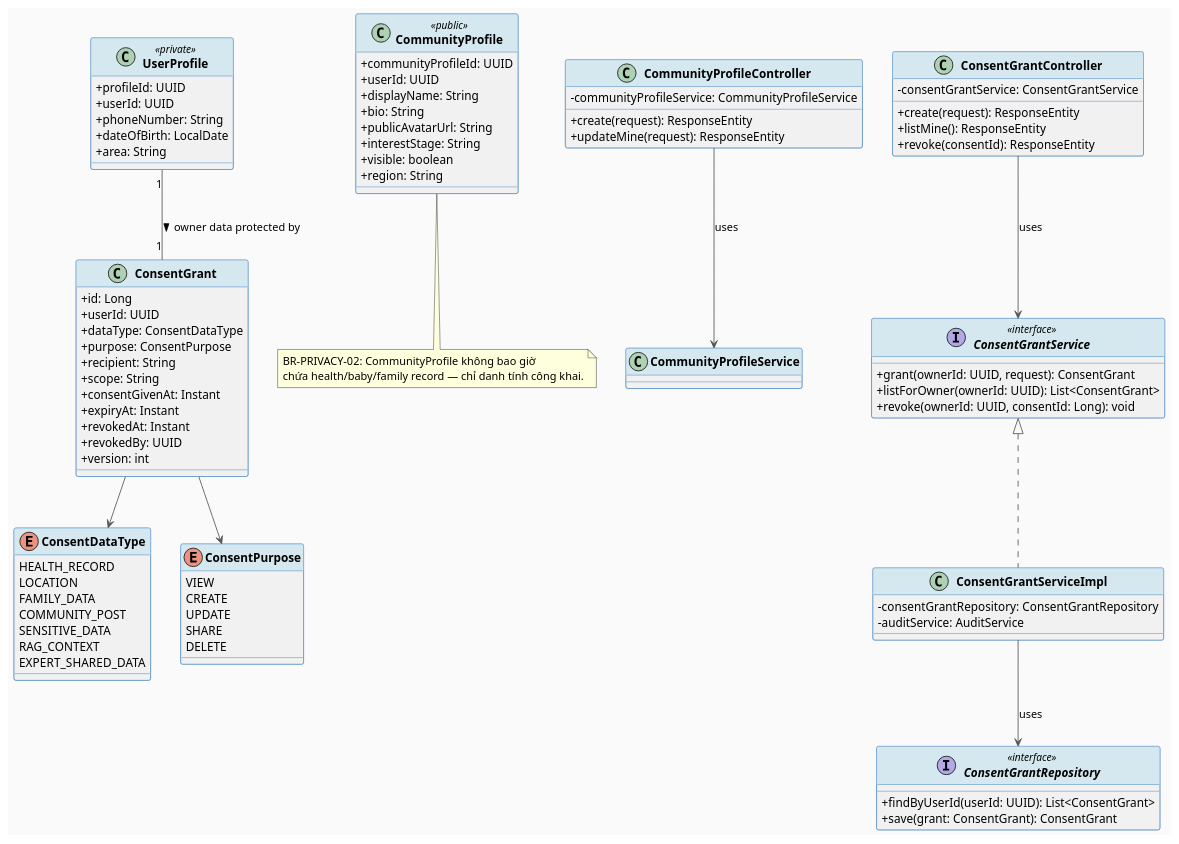
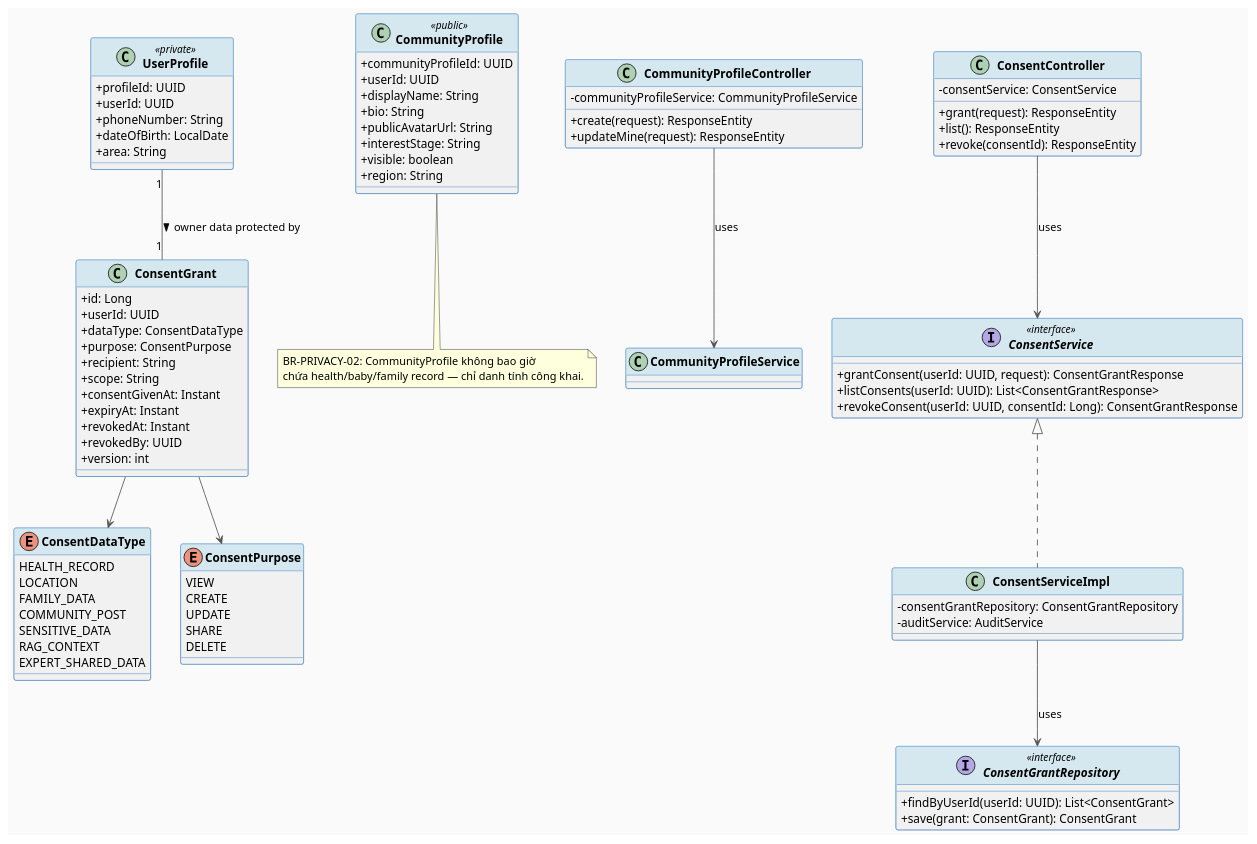
One commit to ChuongBDHE172784/CareBridge_SEP490_G79 changed the first of 2 diagrams in docs/Detailed_Design/MF01_Account_Trust_AccesControl/02_Community_Identity_Privacy_Consent_Sharing.md. Above: the diagram before and after it, drawn with PlantUML. The commit also changed other lines of this file and 97 other files, not shown here.

Commit message:
docs: update detailed design documentation with new diagrams and restructured module files.

```diff
--- a/docs/Detailed_Design/MF01_Account_Trust_AccesControl/02_Community_Identity_Privacy_Consent_Sharing.md
+++ b/docs/Detailed_Design/MF01_Account_Trust_AccesControl/02_Community_Identity_Privacy_Consent_Sharing.md
@@ -89,20 +90,20 @@
   + updateMine(request): ResponseEntity
 }
 
-class ConsentGrantController {
-  - consentGrantService: ConsentGrantService
-  + create(request): ResponseEntity
-  + listMine(): ResponseEntity
+class ConsentController {
+  - consentService: ConsentService
+  + grant(request): ResponseEntity
+  + list(): ResponseEntity
   + revoke(consentId): ResponseEntity
 }
 
-interface ConsentGrantService <<interface>> {
-  + grant(ownerId: UUID, request): ConsentGrant
-  + listForOwner(ownerId: UUID): List<ConsentGrant>
-  + revoke(ownerId: UUID, consentId: Long): void
+interface ConsentService <<interface>> {
+  + grantConsent(userId: UUID, request): ConsentGrantResponse
+  + listConsents(userId: UUID): List<ConsentGrantResponse>
+  + revokeConsent(userId: UUID, consentId: Long): ConsentGrantResponse
 }
 
-class ConsentGrantServiceImpl implements ConsentGrantService {
+class ConsentServiceImpl implements ConsentService {
   - consentGrantRepository: ConsentGrantRepository
   - auditService: AuditService
 }
@@ -115,8 +116,8 @@
 UserProfile "1" -- "1" ConsentGrant : owner data protected by >
 ConsentGrant --> ConsentDataType
 ConsentGrant --> ConsentPurpose
-ConsentGrantController --> ConsentGrantService : uses
-ConsentGrantServiceImpl --> ConsentGrantRepository : uses
+ConsentController --> ConsentService : uses
+ConsentServiceImpl --> ConsentGrantRepository : uses
 CommunityProfileController --> CommunityProfileService : uses
 
 note bottom of CommunityProfile
```
